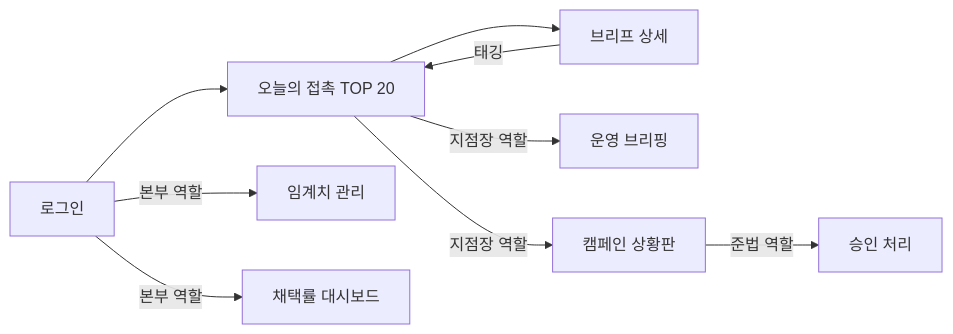
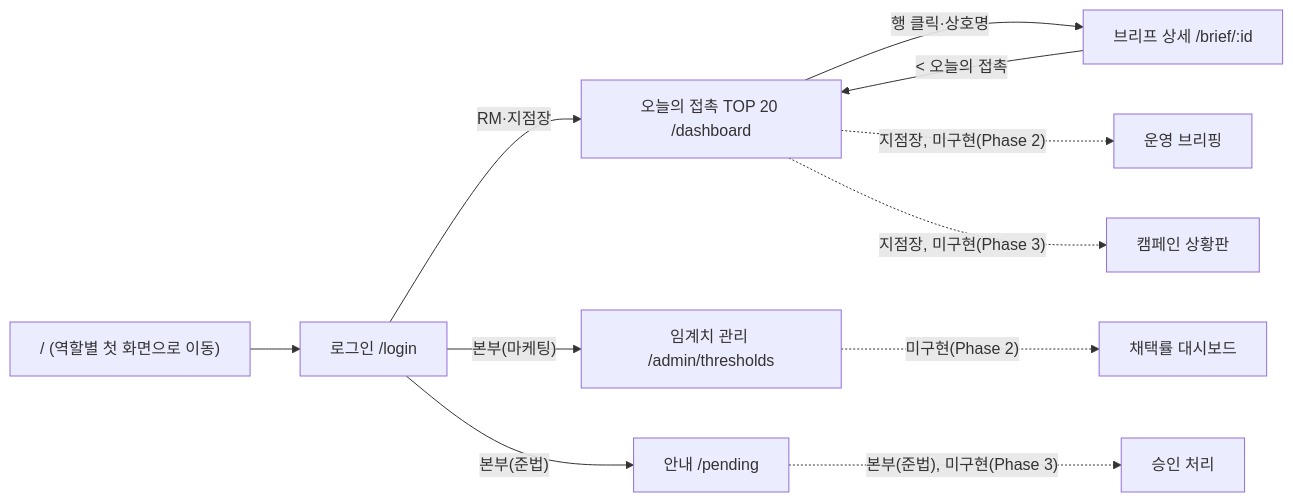
One commit to puen27/C-MAKER changed the diagram in docs/8-wireframe.md. Above: the diagram before and after it, drawn with Mermaid. The commit also changed other lines of this file and 17 other files, not shown here.

````diff
--- a/docs/8-wireframe.md
+++ b/docs/8-wireframe.md
@@ -280,11 +366,13 @@
 ```mermaid
 flowchart LR
-    Login["로그인"] --> Dashboard["오늘의 접촉 TOP 20"]
-    Dashboard --> Brief["브리프 상세"]
-    Brief -- "태깅" --> Dashboard
-    Dashboard -- "지점장 역할" --> Operations["운영 브리핑"]
-    Dashboard -- "지점장 역할" --> Campaign["캠페인 상황판"]
-    Login -- "본부 역할" --> Threshold["임계치 관리"]
-    Login -- "본부 역할" --> Adoption["채택률 대시보드"]
-    Campaign -- "준법 역할" --> Approval["승인 처리"]
+    Root["/ (역할별 첫 화면으로 이동)"] --> Login["로그인 /login"]
+    Login -- "RM·지점장" --> Dashboard["오늘의 접촉 TOP 20 /dashboard"]
+    Login -- "본부(마케팅)" --> Threshold["임계치 관리 /admin/thresholds"]
+    Login -- "본부(준법)" --> Pending["안내 /pending"]
+    Dashboard -- "행 클릭·상호명" --> Brief["브리프 상세 /brief/:id"]
+    Brief -- "< 오늘의 접촉" --> Dashboard
+    Dashboard -. "지점장, 미구현(Phase 2)" .-> Operations["운영 브리핑"]
+    Dashboard -. "지점장, 미구현(Phase 3)" .-> Campaign["캠페인 상황판"]
+    Threshold -. "미구현(Phase 2)" .-> Adoption["채택률 대시보드"]
+    Pending -. "본부(준법), 미구현(Phase 3)" .-> Approval["승인 처리"]
 ```
````
